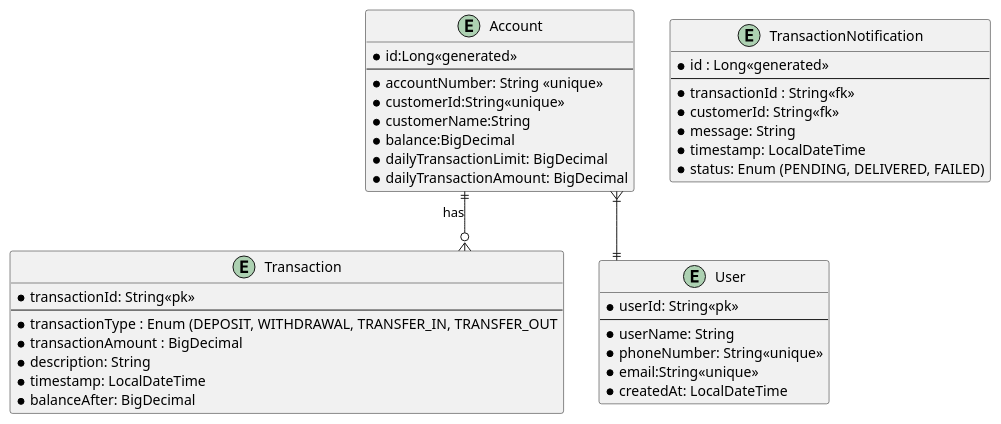
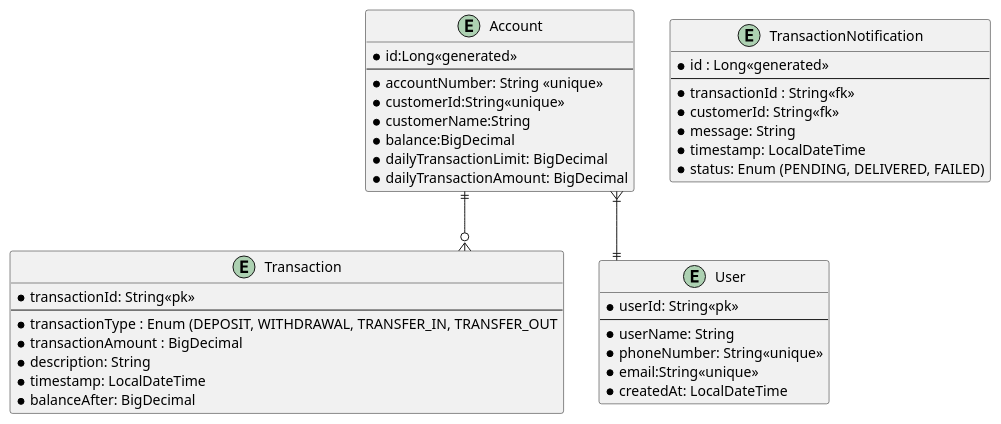
The diagram in Backend/src/main/resources/static/ArchitectureDiagrams/EntityRelationshipDiagram.puml (Deniskinyua/banking-application), drawn with PlantUML before and after one commit. The commit also changed 2 other files, not shown here.

```diff
--- a/Backend/src/main/resources/static/ArchitectureDiagrams/EntityRelationshipDiagram.puml
+++ b/Backend/src/main/resources/static/ArchitectureDiagrams/EntityRelationshipDiagram.puml
@@ -1,50 +1,50 @@
 @startuml Banking_ERD
 'Enable ER diagram syntax
 skinparam linetype ortho
 
 entity Account{
 *id:Long<<generated>>
 --
 *accountNumber: String <<unique>>
 *customerId:String<<unique>>
 *customerName:String
 *balance:BigDecimal
 *dailyTransactionLimit: BigDecimal
 *dailyTransactionAmount: BigDecimal
 }
 
 entity Transaction{
 *transactionId: String<<pk>>
 --
 *transactionType : Enum (DEPOSIT, WITHDRAWAL, TRANSFER_IN, TRANSFER_OUT
 *transactionAmount : BigDecimal
 *description: String
 *timestamp: LocalDateTime
 *balanceAfter: BigDecimal
 }
 
 entity TransactionNotification {
 *id : Long<<generated>>
 --
 *transactionId : String<<fk>>
 *customerId: String<<fk>>
 *message: String
 *timestamp: LocalDateTime
 *status: Enum (PENDING, DELIVERED, FAILED)
 }
 
 entity User {
 *userId: String<<pk>>
 --
 *userName: String
 *phoneNumber: String<<unique>>
 *email:String<<unique>>
 *createdAt: LocalDateTime
 }
 
 ' Relationships
 
-Account ||--o{Transaction: "has"
+Account ||--o{Transaction
 Account}|--|| User
 
 @enduml
```
